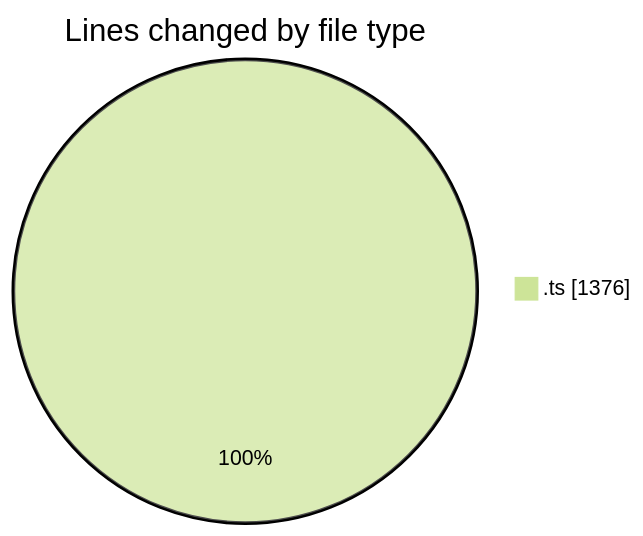
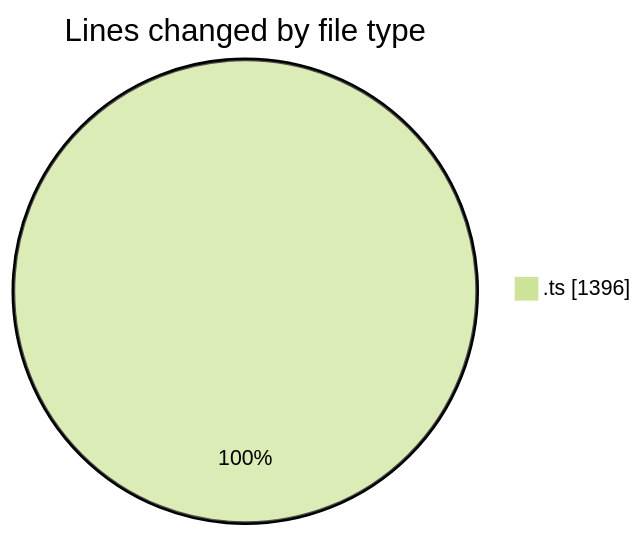
The first of 2 diagrams in 2026-02-07/singularitybrainai/README.md (tmsrecording-cyber/code-tracking), drawn with Mermaid (forest theme) before and after one commit. The commit also changed other lines of this file and 1 other file, not shown here.

````diff
--- a/2026-02-07/singularitybrainai/README.md
+++ b/2026-02-07/singularitybrainai/README.md
@@ -22,5 +22,5 @@
 ```mermaid
 pie showData
 title Lines changed by file type
-".ts" : 1376
+".ts" : 1396
 ```
````
